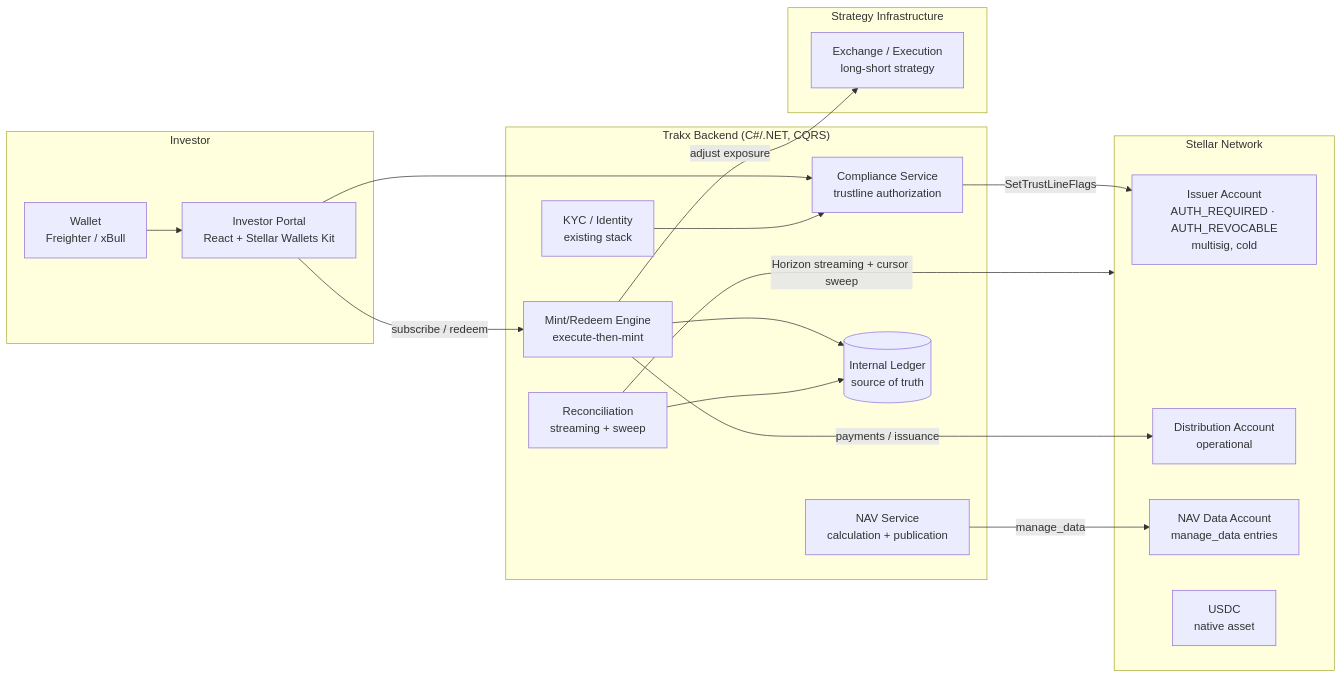
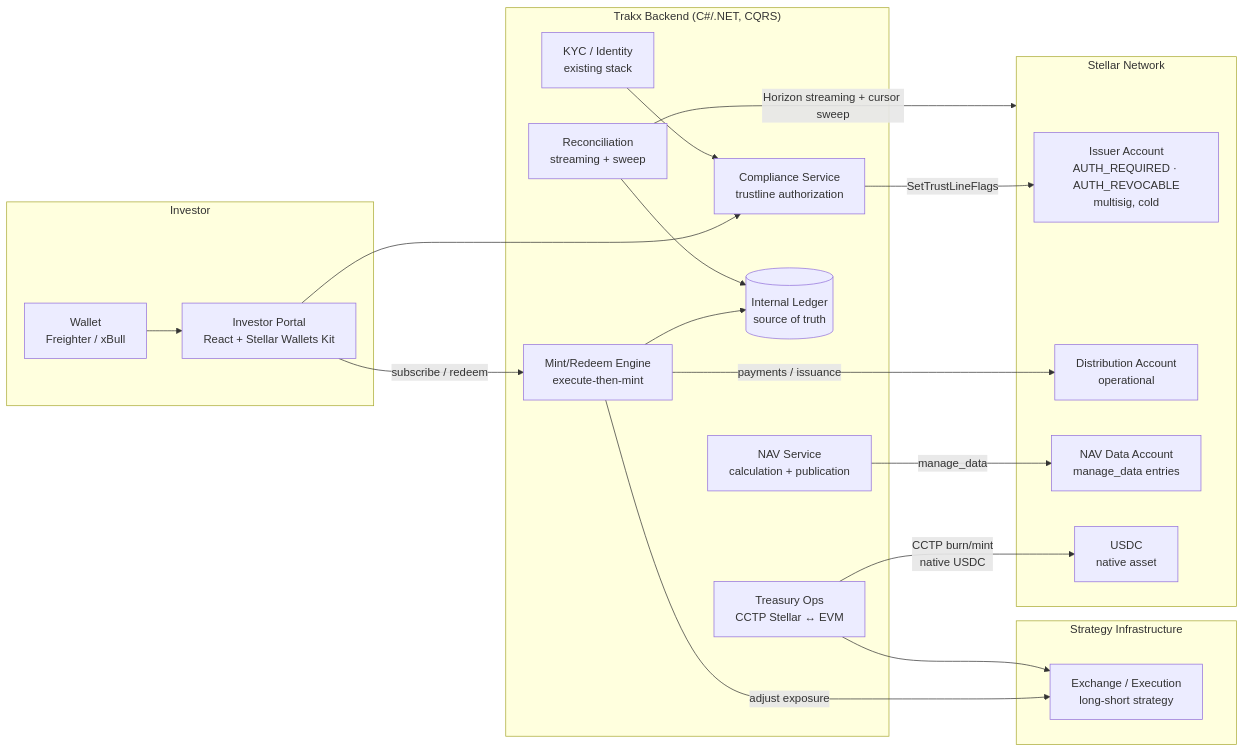
The first of 5 diagrams in docs/ARCHITECTURE.md (trakx/stellar-strategy-rails), drawn with Mermaid before and after one commit. The commit also changed other lines of this file, not shown here.

First line of the commit message:
Enhance architecture documentation with treasury and NAV details

````diff
--- a/docs/ARCHITECTURE.md
+++ b/docs/ARCHITECTURE.md
@@ -19,39 +20,42 @@
 ```mermaid
 flowchart LR
     subgraph Investor
         W[Wallet<br/>Freighter / xBull]
         P[Investor Portal<br/>React + Stellar Wallets Kit]
     end
 
     subgraph Trakx["Trakx Backend (C#/.NET, CQRS)"]
         KYC[KYC / Identity<br/>existing stack]
         CS[Compliance Service<br/>trustline authorization]
         NAV[NAV Service<br/>calculation + publication]
         MR[Mint/Redeem Engine<br/>execute-then-mint]
         LG[(Internal Ledger<br/>source of truth)]
         RC[Reconciliation<br/>streaming + sweep]
+        TR[Treasury Ops<br/>CCTP Stellar ↔ EVM]
     end
 
     subgraph Stellar["Stellar Network"]
         ISS[Issuer Account<br/>AUTH_REQUIRED · AUTH_REVOCABLE<br/>multisig, cold]
         DST[Distribution Account<br/>operational]
         NDA[NAV Data Account<br/>manage_data entries]
         USDC[USDC<br/>native asset]
     end
 
     subgraph Offchain["Strategy Infrastructure"]
         EX[Exchange / Execution<br/>long-short strategy]
     end
 
     W --> P
     P --> CS
     P -->|subscribe / redeem| MR
     KYC --> CS
     CS -->|SetTrustLineFlags| ISS
     NAV -->|manage_data| NDA
     MR --> LG
     MR -->|payments / issuance| DST
     MR -->|adjust exposure| EX
+    TR -->|CCTP burn/mint<br/>native USDC| USDC
+    TR --> EX
     RC -->|Horizon streaming + cursor sweep| Stellar
     RC --> LG
 ```
````
